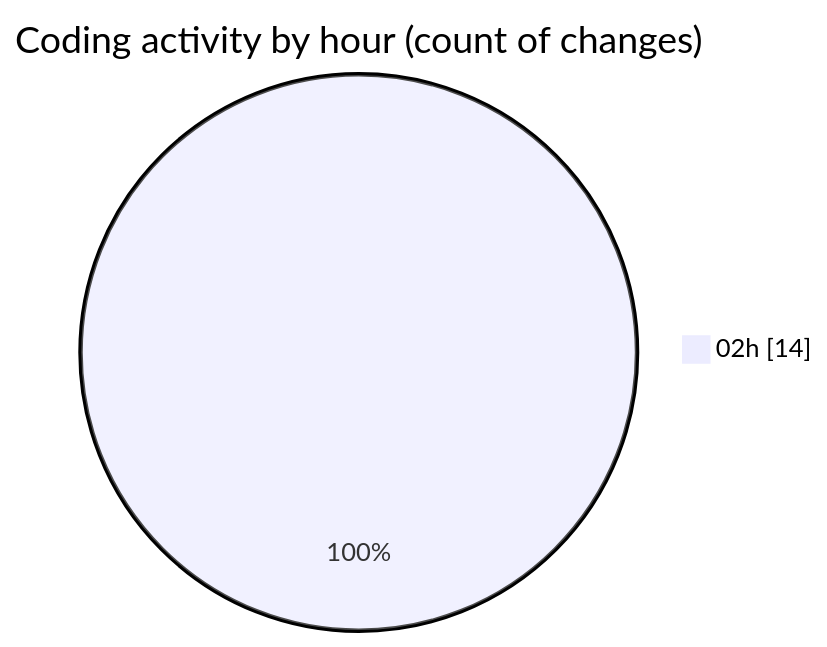
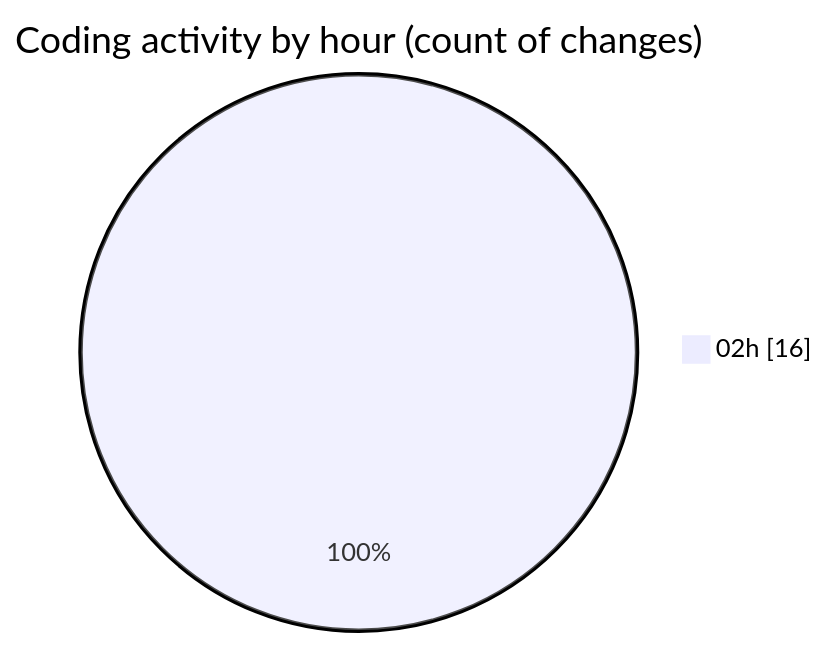
Before and after one commit to charlie-sans/code-tracking: the second of 2 diagrams in 2025-02-22/micros/README.md, drawn with Mermaid. The commit also changed other lines of this file and 1 other file, not shown here.

````diff
--- a/2025-02-22/micros/README.md
+++ b/2025-02-22/micros/README.md
@@ -30,5 +32,5 @@
 ```mermaid
 pie showData
 title Coding activity by hour (count of changes)
-"02h" : 14
+"02h" : 16
 ```
````
